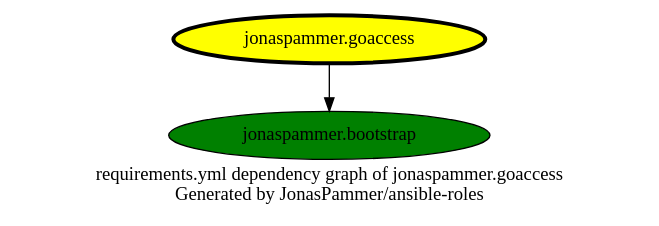
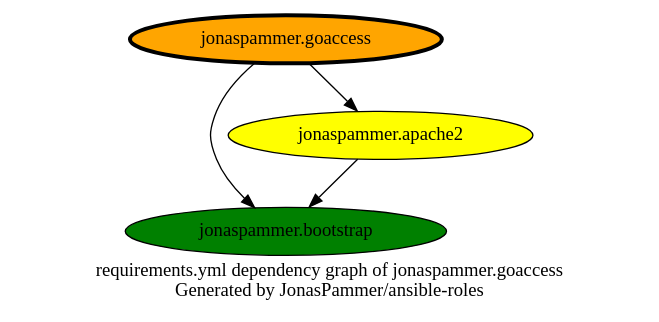
One commit to JonasPammer/ansible-roles changed the diagram in graphs/dependencies_goaccess.dot. Above: the diagram before and after it, drawn with Graphviz. The commit also changed 5 other files, not shown here.

```diff
--- a/graphs/dependencies_goaccess.dot
+++ b/graphs/dependencies_goaccess.dot
@@ -1,12 +1,14 @@
 digraph hierarchy {
   label = "requirements.yml dependency graph of jonaspammer.goaccess \n Generated by JonasPammer/ansible-roles" ;
   overlap=false
 
   {
-    "jonaspammer.goaccess" [fillcolor=yellow style=filled penwidth=3]
+    "jonaspammer.goaccess" [fillcolor=orange style=filled penwidth=3]
     "jonaspammer.bootstrap" [fillcolor=green style=filled ]
+    "jonaspammer.apache2" [fillcolor=yellow style=filled ]
   }
 
 
-  "jonaspammer.goaccess" -> {"jonaspammer.bootstrap"}
+  "jonaspammer.goaccess" -> {"jonaspammer.bootstrap" "jonaspammer.apache2"}
+  "jonaspammer.apache2" -> {"jonaspammer.bootstrap"}
 }
```
